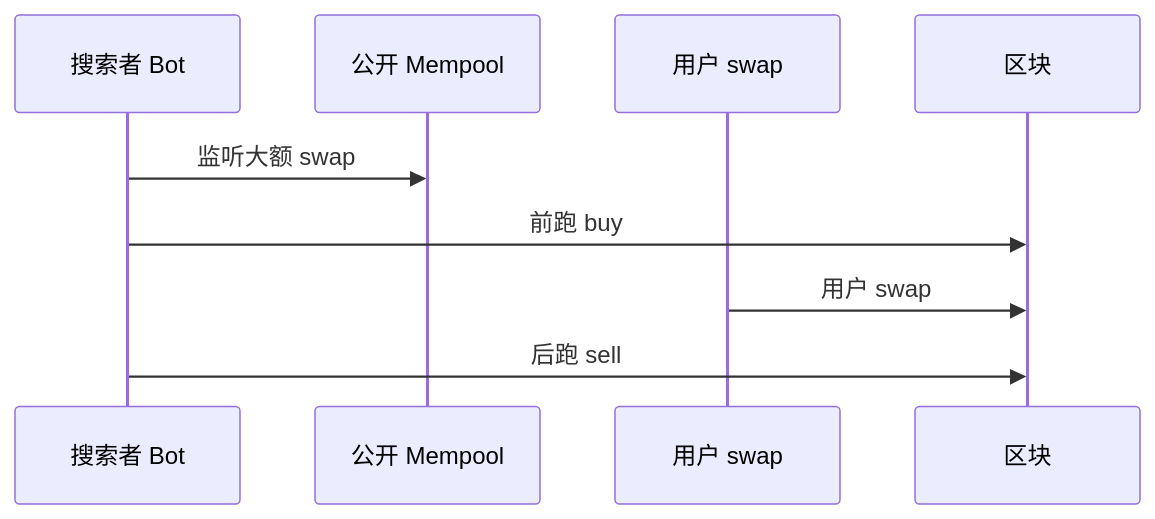
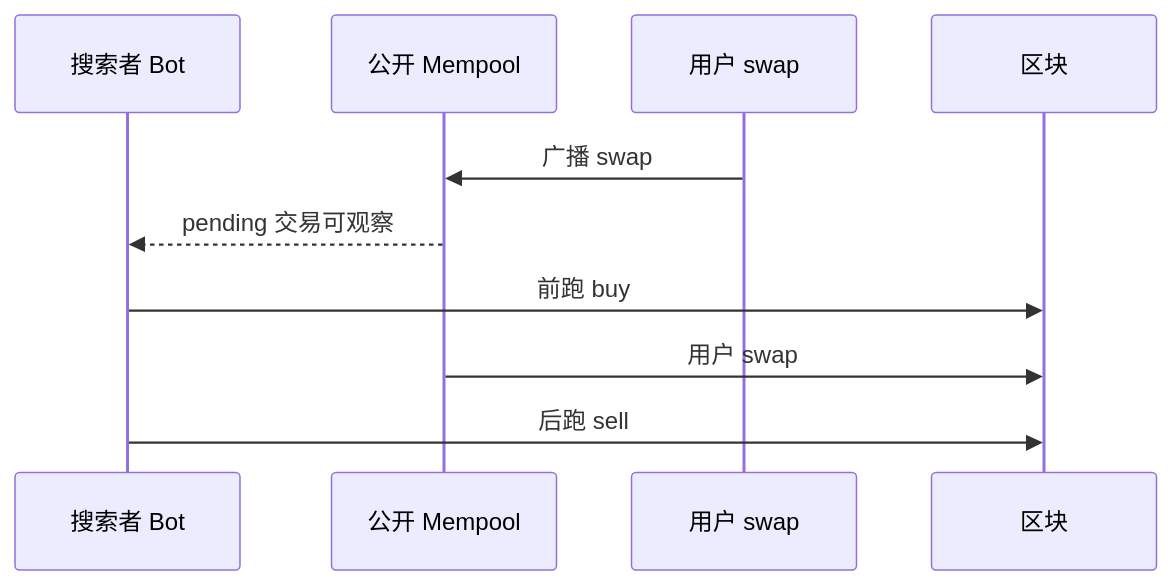
One commit to twodog-tt/Golang-development-manual changed the diagram in docs/interview/14-dex-cex-engineering/S-EXCH-08-mev-sandwich.md. Above: the diagram before and after it, drawn with Mermaid. The commit also changed other lines of this file and 438 other files, not shown here.

````diff
--- a/docs/interview/14-dex-cex-engineering/S-EXCH-08-mev-sandwich.md
+++ b/docs/interview/14-dex-cex-engineering/S-EXCH-08-mev-sandwich.md
@@ -29,11 +31,12 @@
 ```mermaid
 sequenceDiagram
   participant Bot as 搜索者 Bot
   participant MP as 公开 Mempool
   participant User as 用户 swap
   participant Block as 区块
-  Bot->>MP: 监听大额 swap
+  User->>MP: 广播 swap
+  MP-->>Bot: pending 交易可观察
   Bot->>Block: 前跑 buy
-  User->>Block: 用户 swap
+  MP->>Block: 用户 swap
   Bot->>Block: 后跑 sell
 ```
````
